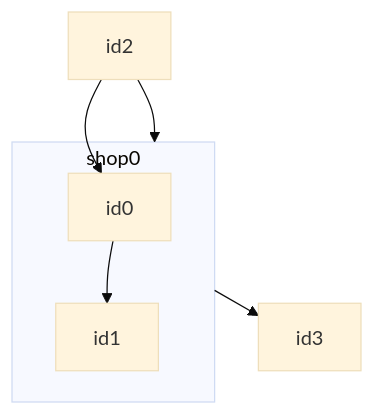
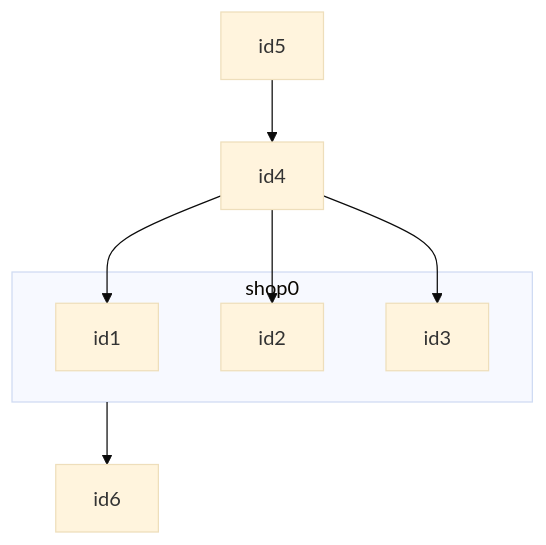
One commit to bfeitknecht/vault changed the second of 2 diagrams in sem2/AuW/PV/cx/tour-de-suisse.md. Above: the diagram before and after it, drawn with Mermaid (base theme).

Commit message:
backup: 2024-07-01 14:53:14 from MacBook Pro (echo)
Affected files:
sem2/AuW/PV/cx/tour-de-suisse.md

````diff
--- a/sem2/AuW/PV/cx/tour-de-suisse.md
+++ b/sem2/AuW/PV/cx/tour-de-suisse.md
@@ -84,11 +84,14 @@
 ```mermaid
 flowchart TD
 
-id2 --> shop0 & id0
-
+id5 --> id4
+id4 --> id1 & id2 & id3
 subgraph shop0
-id0 --> id1
+id1
+id2
+id3
 end
 
-shop0 --> id3
+shop0 --> id6
+
 ```
````
